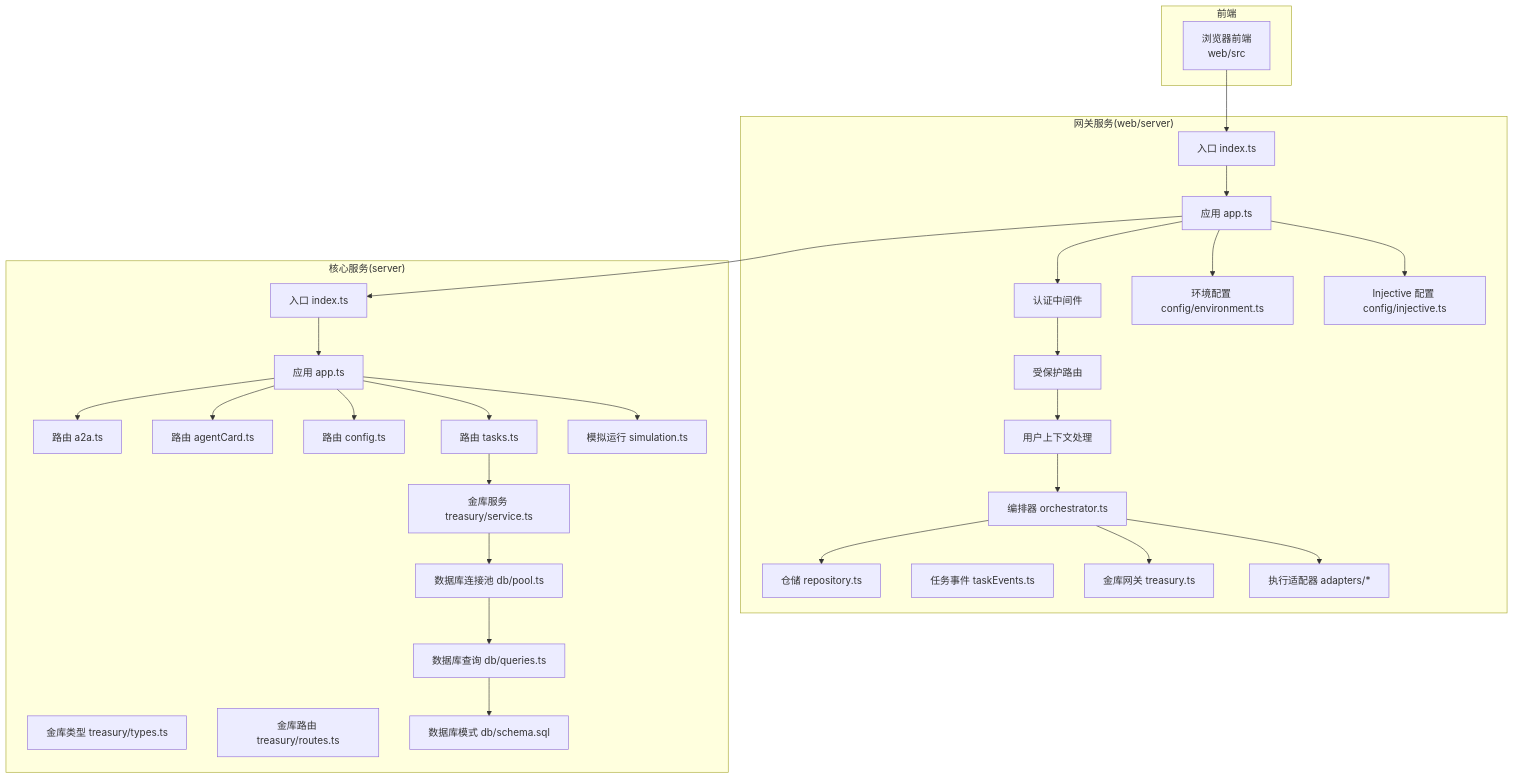
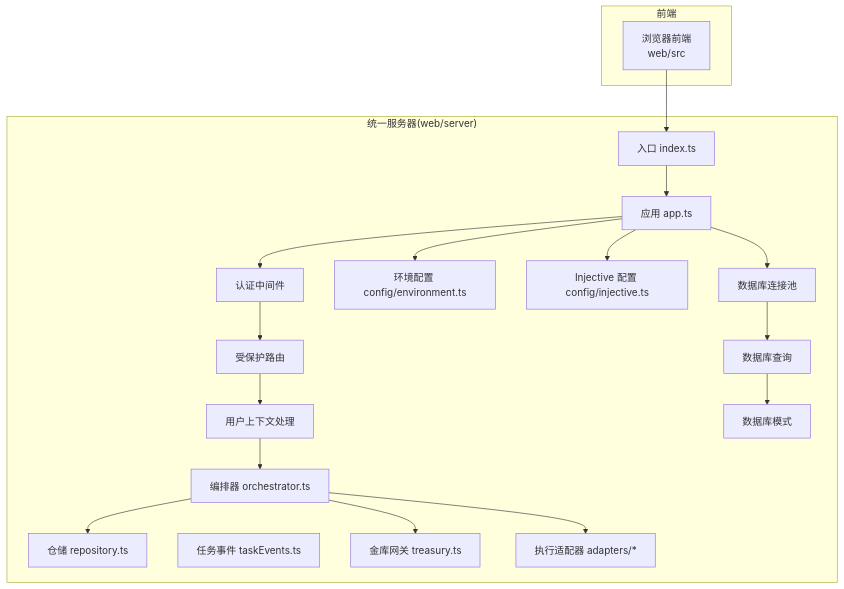
The first of 10 diagrams in .qoder/repowiki/zh/content/核心组件/双服务器架构.md (Maki3991/study-PactLedger), drawn with Mermaid before and after one commit. The commit also changed other lines of this file and 8 other files, not shown here.

````diff
--- a/.qoder/repowiki/zh/content/核心组件/双服务器架构.md
+++ b/.qoder/repowiki/zh/content/核心组件/双服务器架构.md
@@ -70,57 +58,37 @@
 ```mermaid
 graph TB
 subgraph "前端"
 FE["浏览器前端<br/>web/src"]
 end
-subgraph "网关服务(web/server)"
+subgraph "统一服务器(web/server)"
 WIdx["入口 index.ts"]
 WApp["应用 app.ts"]
 AuthMW["认证中间件"]
 ProtectedRoutes["受保护路由"]
 UserCtx["用户上下文处理"]
 Orchestrator["编排器 orchestrator.ts"]
 Repo["仓储 repository.ts"]
 TaskEvents["任务事件 taskEvents.ts"]
 TreasuryGW["金库网关 treasury.ts"]
 AdpExec["执行适配器 adapters/*"]
 CfgEnv["环境配置 config/environment.ts"]
 CfgInject["Injective 配置 config/injective.ts"]
-end
-subgraph "核心服务(server)"
-SIdx["入口 index.ts"]
-SApp["应用 app.ts"]
-RoutesA2A["路由 a2a.ts"]
-RoutesAgent["路由 agentCard.ts"]
-RoutesCfg["路由 config.ts"]
-RoutesTasks["路由 tasks.ts"]
-TreasSvc["金库服务 treasury/service.ts"]
-TreasTypes["金库类型 treasury/types.ts"]
-TreasRoutes["金库路由 treasury/routes.ts"]
-Sim["模拟运行 simulation.ts"]
-DBPool["数据库连接池 db/pool.ts"]
-DBQ["数据库查询 db/queries.ts"]
-DBSchema["数据库模式 db/schema.sql"]
+DBPool["数据库连接池"]
+DBQ["数据库查询"]
+DBSchema["数据库模式"]
 end
 FE --> WIdx
 WIdx --> WApp
 WApp --> AuthMW
 AuthMW --> ProtectedRoutes
 ProtectedRoutes --> UserCtx
 UserCtx --> Orchestrator
 Orchestrator --> Repo
 Orchestrator --> TreasuryGW
 Orchestrator --> AdpExec
 WApp --> CfgEnv
 WApp --> CfgInject
-WApp --> SIdx
-SIdx --> SApp
-SApp --> RoutesA2A
-SApp --> RoutesAgent
-SApp --> RoutesCfg
-SApp --> RoutesTasks
-RoutesTasks --> TreasSvc
-TreasSvc --> DBPool
+WApp --> DBPool
 DBPool --> DBQ
 DBQ --> DBSchema
-SApp --> Sim
 ```
````
